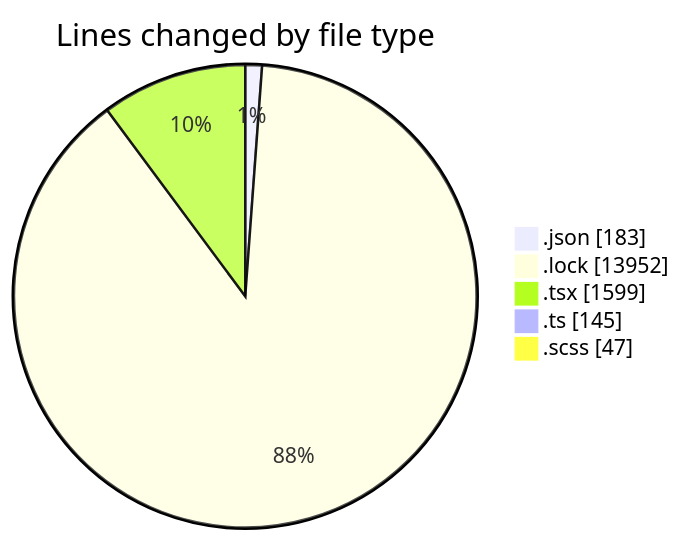
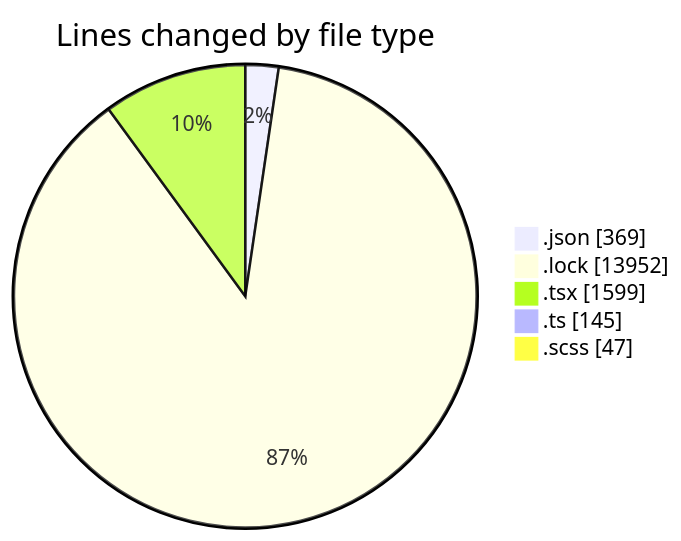
The first of 2 diagrams in 2026-05-14/cda/README.md (momahboobian/code-tracking), drawn with Mermaid before and after one commit. The commit also changed other lines of this file and 1 other file, not shown here.

````diff
--- a/2026-05-14/cda/README.md
+++ b/2026-05-14/cda/README.md
@@ -32,9 +33,9 @@
 ```mermaid
 pie showData
 title Lines changed by file type
-".json" : 183
+".json" : 369
 ".lock" : 13952
 ".tsx" : 1599
 ".ts" : 145
 ".scss" : 47
 ```
````
